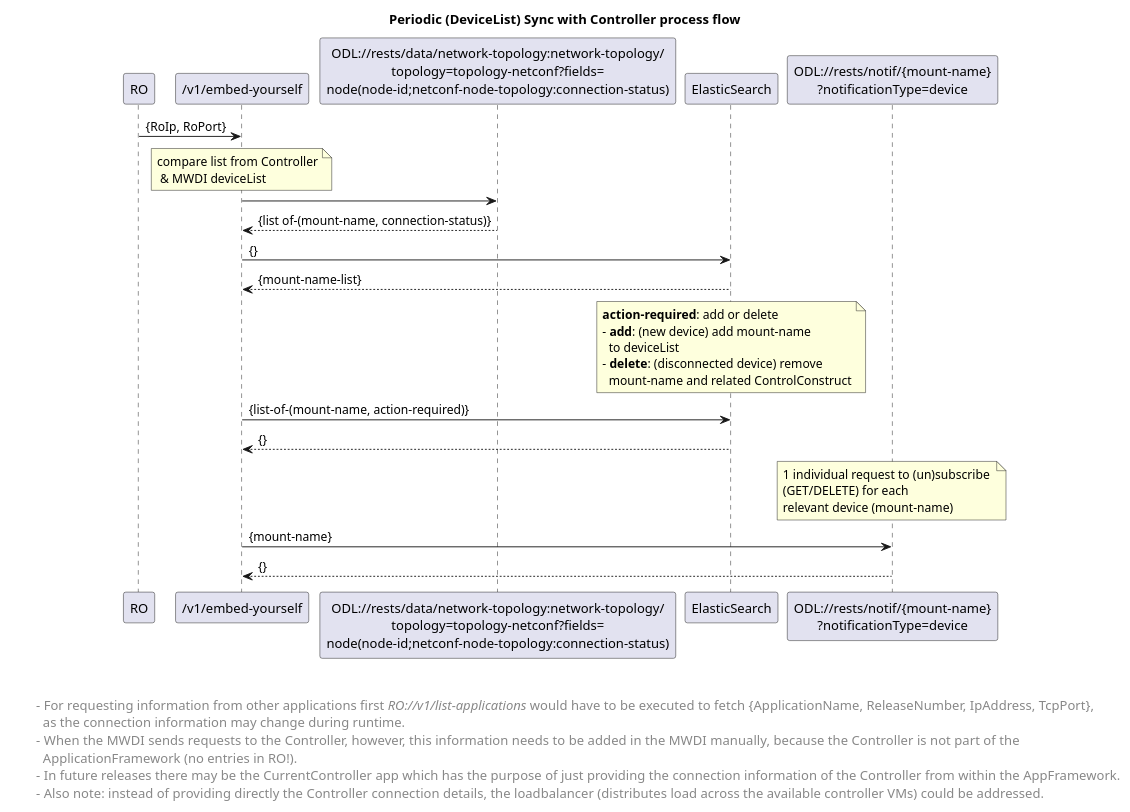
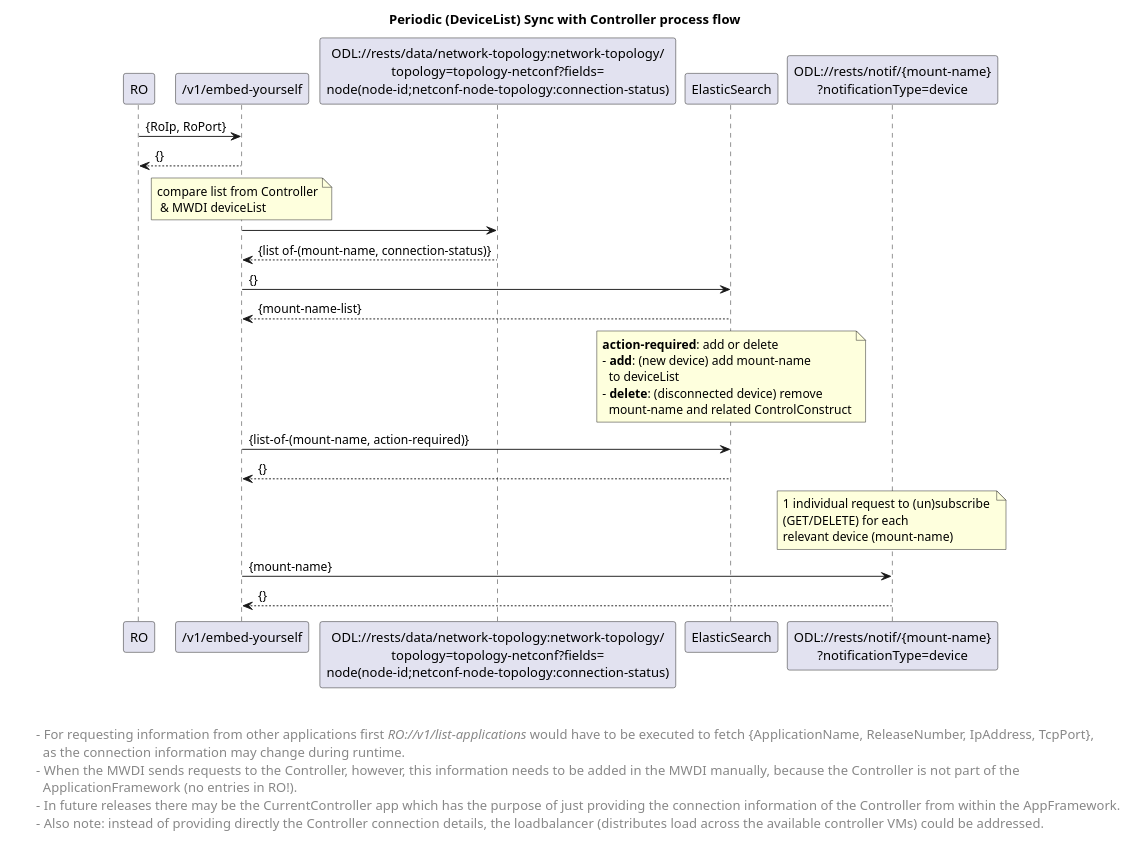
One commit to openBackhaul/MicroWaveDeviceInventory changed the diagram in spec/diagrams/OLD_temp/00x_forwardingCyclicOperation.plantuml. Above: the diagram before and after it, drawn with PlantUML. The commit also changed 1 other file, not shown here.

```diff
--- a/spec/diagrams/OLD_temp/00x_forwardingCyclicOperation.plantuml
+++ b/spec/diagrams/OLD_temp/00x_forwardingCyclicOperation.plantuml
@@ -1,53 +1,54 @@
 @startuml
 skinparam responseMessageBelowArrow true
 
 title  Periodic (DeviceList) Sync with Controller process flow
 
 "RO" -> "/v1/embed-yourself": {RoIp, RoPort}
+"/v1/embed-yourself" --> "RO": {}
 
 note over "/v1/embed-yourself": compare list from Controller\n & MWDI deviceList
 
 "/v1/embed-yourself" -> "ODL://rests/data/network-topology:network-topology/\ntopology=topology-netconf?fields=\nnode(node-id;netconf-node-topology:connection-status)"
 "ODL://rests/data/network-topology:network-topology/\ntopology=topology-netconf?fields=\nnode(node-id;netconf-node-topology:connection-status)" --> "/v1/embed-yourself": {list of-(mount-name, connection-status)}
 
 "/v1/embed-yourself" -> "ElasticSearch": {}
 "ElasticSearch" --> "/v1/embed-yourself": {mount-name-list}
 
 note over "ElasticSearch"
  <b>action-required</b>: add or delete
  - <b>add</b>: (new device) add mount-name 
    to deviceList
  - <b>delete</b>: (disconnected device) remove 
    mount-name and related ControlConstruct
 end note 
 
 "/v1/embed-yourself" -> "ElasticSearch": {list-of-(mount-name, action-required)}
 "ElasticSearch" --> "/v1/embed-yourself": {}
 
 
 note over "ODL://rests/notif/{mount-name}\n?notificationType=device": 1 individual request to (un)subscribe \n(GET/DELETE) for each \nrelevant device (mount-name)
 
 "/v1/embed-yourself" -> "ODL://rests/notif/{mount-name}\n?notificationType=device": {mount-name}
 "ODL://rests/notif/{mount-name}\n?notificationType=device" --> "/v1/embed-yourself": {}
 
 
 
 left footer 
 
 
 \t- For requesting information from other applications first <i>RO://v1/list-applications</i> would have to be executed to fetch {ApplicationName, ReleaseNumber, IpAddress, TcpPort}, 
 \t  as the connection information may change during runtime.
 \t-  When the MWDI sends requests to the Controller, however, this information needs to be added in the MWDI manually, because the Controller is not part of the 
 \t  ApplicationFramework (no entries in RO!). 
 \t-  In future releases there may be the CurrentController app which has the purpose of just providing the connection information of the Controller from within the AppFramework.
 \t-  Also note: instead of providing directly the Controller connection details, the loadbalancer (distributes load across the available controller VMs) could be addressed.
 end footer
 
 <style>
 footer {
   HorizontalAlignment left
   FontSize 14
 }
 </style>
 
 @enduml
```
